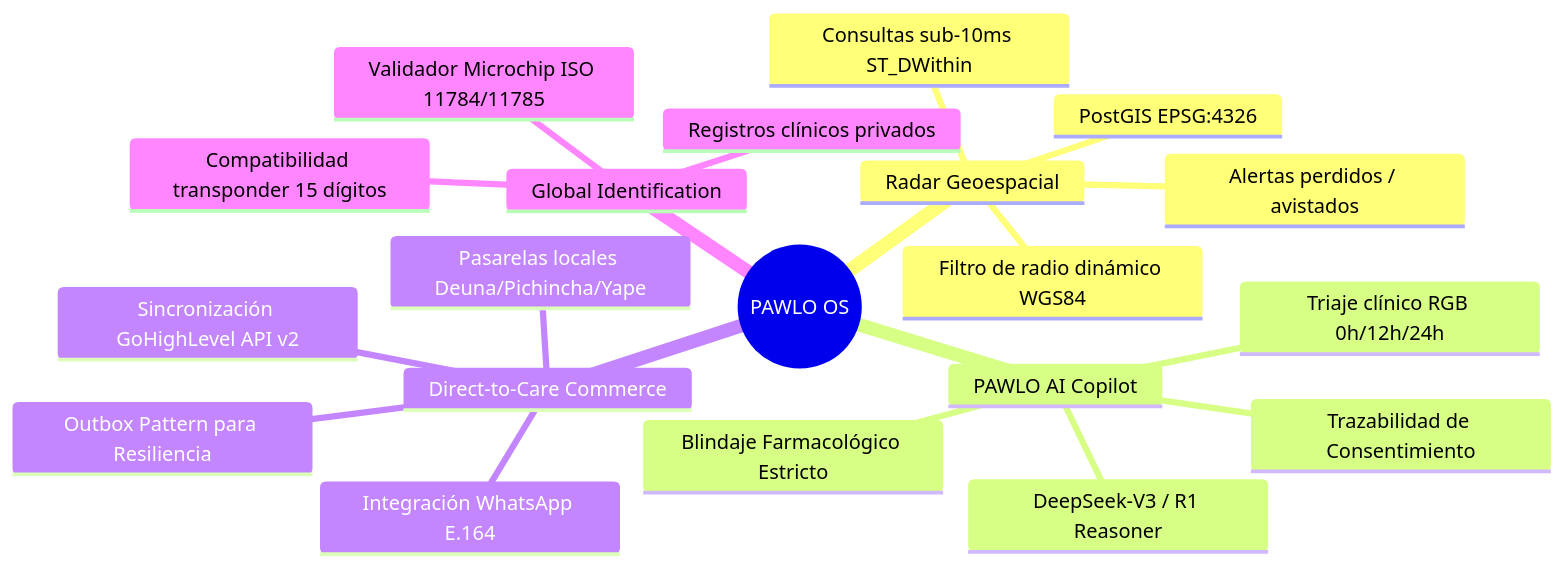
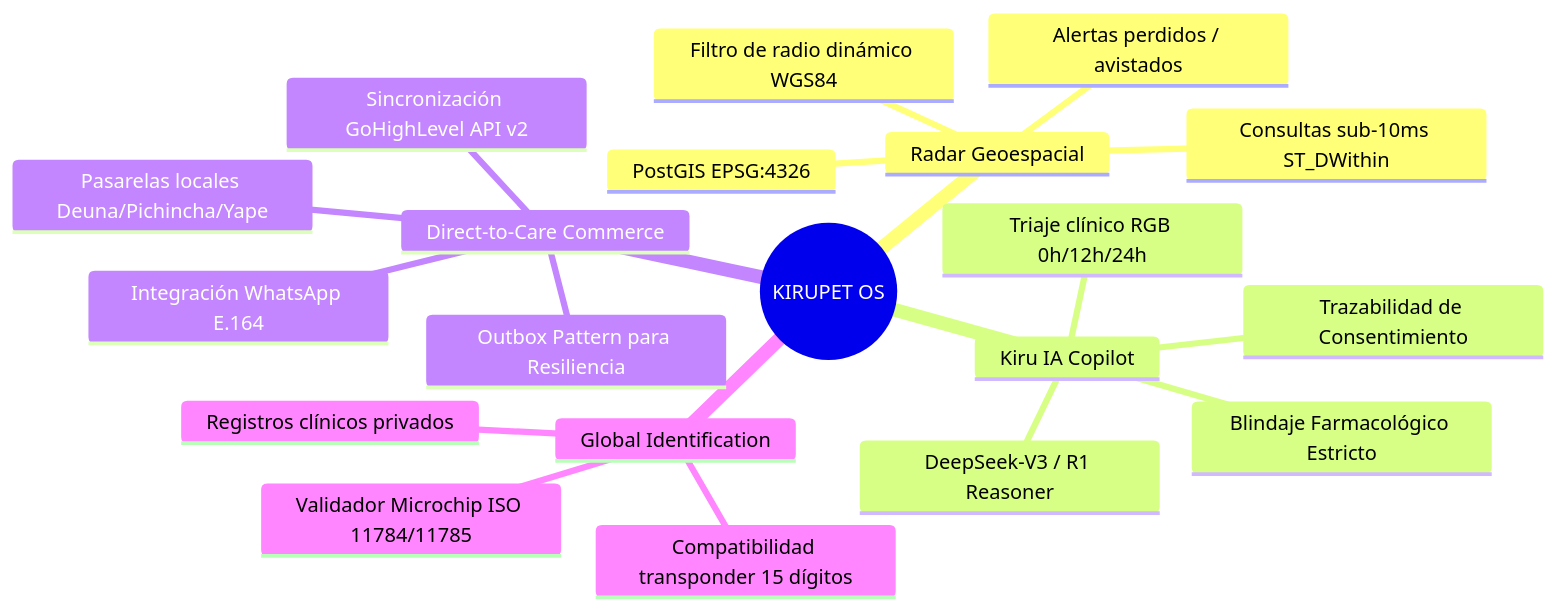
The diagram in docs/PRD.md (nicolasnorton/pawlo-app), drawn with Mermaid before and after one commit. The commit also changed other lines of this file and 15 other files, not shown here.

Commit message:
feat(rebrand): rebrand platform to KIRUPET (com.kirupet.app) and Kiru IA across logo, UI, manifest, Capacitor, and docs

````diff
--- a/docs/PRD.md
+++ b/docs/PRD.md
@@ -18,23 +19,23 @@
 ```mermaid
 mindmap
-  root((PAWLO OS))
+  root((KIRUPET OS))
     Radar Geoespacial
       PostGIS EPSG:4326
       Consultas sub-10ms ST_DWithin
       Filtro de radio dinámico WGS84
       Alertas perdidos / avistados
-    PAWLO AI Copilot
+    Kiru IA Copilot
       DeepSeek-V3 / R1 Reasoner
       Triaje clínico RGB 0h/12h/24h
       Blindaje Farmacológico Estricto
       Trazabilidad de Consentimiento
     Direct-to-Care Commerce
       Integración WhatsApp E.164
       Sincronización GoHighLevel API v2
       Pasarelas locales Deuna/Pichincha/Yape
       Outbox Pattern para Resiliencia
     Global Identification
       Validador Microchip ISO 11784/11785
       Compatibilidad transponder 15 dígitos
       Registros clínicos privados
 ```
````
